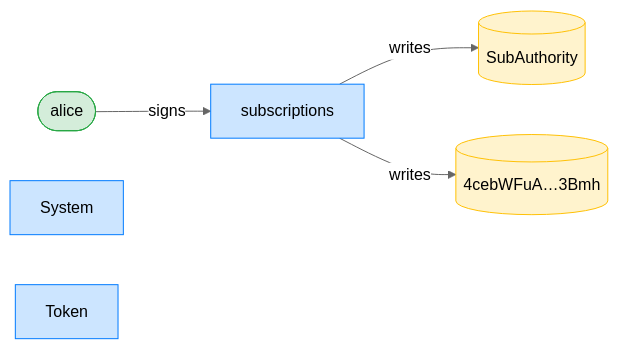
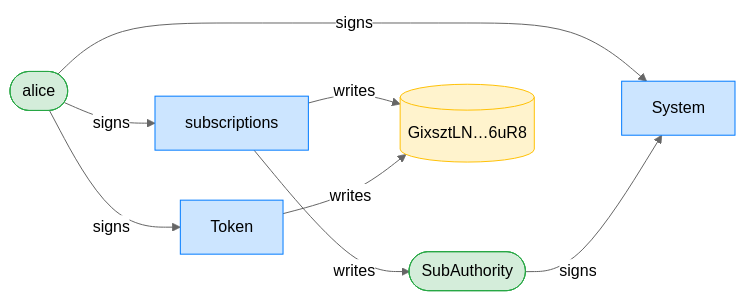
One commit to cds-rs/subscriptions changed the third of 20 diagrams in dsl_tests/transfer-subscription--a-ghost--re-created--plan-is-refused.md. Above: the diagram before and after it, drawn with Mermaid (neutral theme). The commit also changed other lines of this file and 224 other files, not shown here.

````diff
--- a/dsl_tests/transfer-subscription--a-ghost--re-created--plan-is-refused.md
+++ b/dsl_tests/transfer-subscription--a-ghost--re-created--plan-is-refused.md
@@ -55,15 +56,19 @@
 ```mermaid
 flowchart LR
     classDef signer fill:#d4edda,stroke:#28a745;
     classDef program fill:#cce5ff,stroke:#007bff;
     classDef writable fill:#fff3cd,stroke:#ffc107;
     subscriptions[subscriptions]:::program
     alice([alice]):::signer
-    SubAuthority[(SubAuthority)]:::writable
-    4cebWFuA_3Bmh[("4cebWFuA…3Bmh")]:::writable
+    SubAuthority([SubAuthority]):::signer
+    GixsztLN_6uR8[("GixsztLN…6uR8")]:::writable
     System[System]:::program
     Token[Token]:::program
     alice -->|signs| subscriptions
+    alice -->|signs| System
+    SubAuthority -->|signs| System
+    alice -->|signs| Token
     subscriptions -->|writes| SubAuthority
-    subscriptions -->|writes| 4cebWFuA_3Bmh
+    subscriptions -->|writes| GixsztLN_6uR8
+    Token -->|writes| GixsztLN_6uR8
 ```
````
